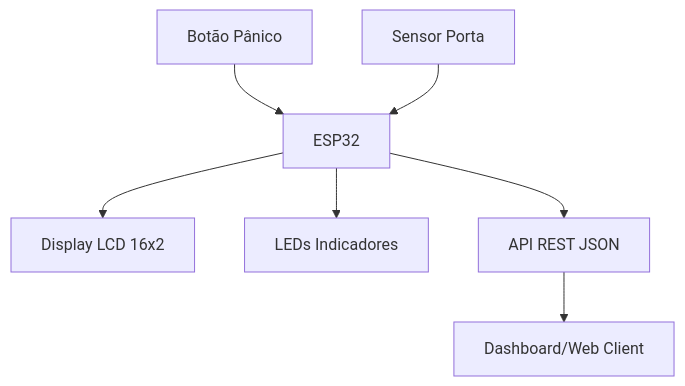
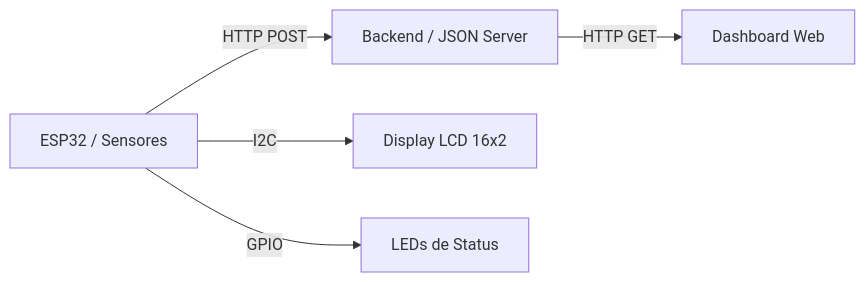
The diagram in README.md (AstroTrack/GS_iot), drawn with Mermaid before and after one commit. The commit also changed other lines of this file, not shown here.

````diff
--- a/README.md
+++ b/README.md
@@ -20,9 +20,7 @@
 ```mermaid
-graph TD
-    A[Botão Pânico] --> E[ESP32]
-    B[Sensor Porta] --> E[ESP32]
-    E --> C[Display LCD 16x2]
-    E --> D[LEDs Indicadores]
-    E --> F[API REST JSON]
-    F --> G[Dashboard/Web Client]
+graph LR
+    A[ESP32 / Sensores] -- HTTP POST --> B[Backend / JSON Server]
+    B -- HTTP GET --> C[Dashboard Web]
+    A -- I2C --> D[Display LCD 16x2]
+    A -- GPIO --> E[LEDs de Status]
 ```
````
